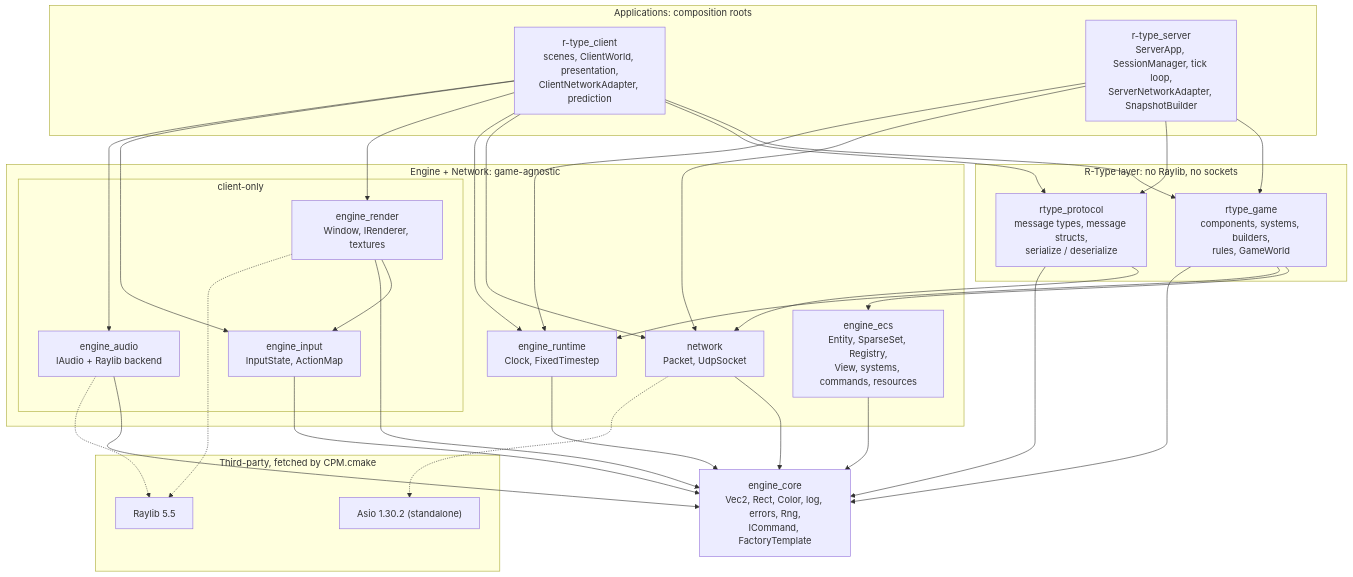
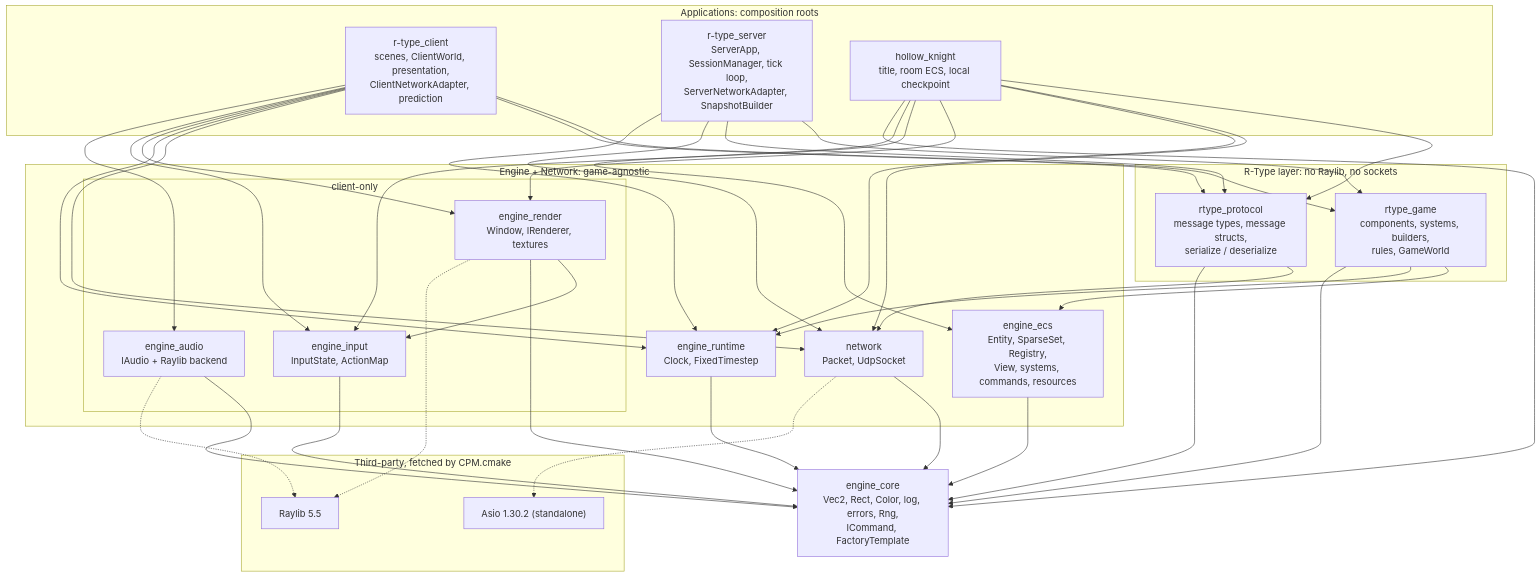
The diagram in docs/architecture/overview.md (janumaruku/r-type), drawn with Mermaid before and after one commit. The commit also changed other lines of this file and 46 other files, not shown here.

Commit message:
feat: add Hollow Knight demo and library study

````diff
--- a/docs/architecture/overview.md
+++ b/docs/architecture/overview.md
@@ -43,40 +45,42 @@
 ```mermaid
 flowchart TB
     subgraph APPS["Applications: composition roots"]
         client["r-type_client<br/>scenes, ClientWorld, presentation,<br/>ClientNetworkAdapter, prediction"]
         server["r-type_server<br/>ServerApp, SessionManager, tick loop,<br/>ServerNetworkAdapter, SnapshotBuilder"]
+        hollow["hollow_knight<br/>title, room ECS, local checkpoint"]
     end
     subgraph RTYPE["R-Type layer: no Raylib, no sockets"]
         game["rtype_game<br/>components, systems, builders,<br/>rules, GameWorld"]
         proto["rtype_protocol<br/>message types, message structs,<br/>serialize / deserialize"]
     end
     subgraph ENGINE["Engine + Network: game-agnostic"]
         subgraph CLIENTONLY["client-only"]
             render["engine_render<br/>Window, IRenderer, textures"]
             input["engine_input<br/>InputState, ActionMap"]
             audio["engine_audio<br/>IAudio + Raylib backend"]
         end
         runtime["engine_runtime<br/>Clock, FixedTimestep"]
         ecs["engine_ecs<br/>Entity, SparseSet, Registry,<br/>View, systems, commands, resources"]
         net["network<br/>Packet, UdpSocket"]
     end
     core["engine_core<br/>Vec2, Rect, Color, log, errors, Rng,<br/>ICommand, FactoryTemplate"]
     subgraph TP["Third-party, fetched by CPM.cmake"]
         raylib["Raylib 5.5"]
         asio["Asio 1.30.2 (standalone)"]
     end
 
     client --> game & proto & net & runtime & render & input & audio
     server --> game & proto & net & runtime
+    hollow --> proto & net & runtime & render & input & ecs & core
     game --> ecs & runtime & core
     proto --> net & core
     net --> core
     render --> input & core
     input --> core
     audio --> core
     ecs --> core
     runtime --> core
     render -.-> raylib
     audio -.-> raylib
     net -.-> asio
 ```
````
